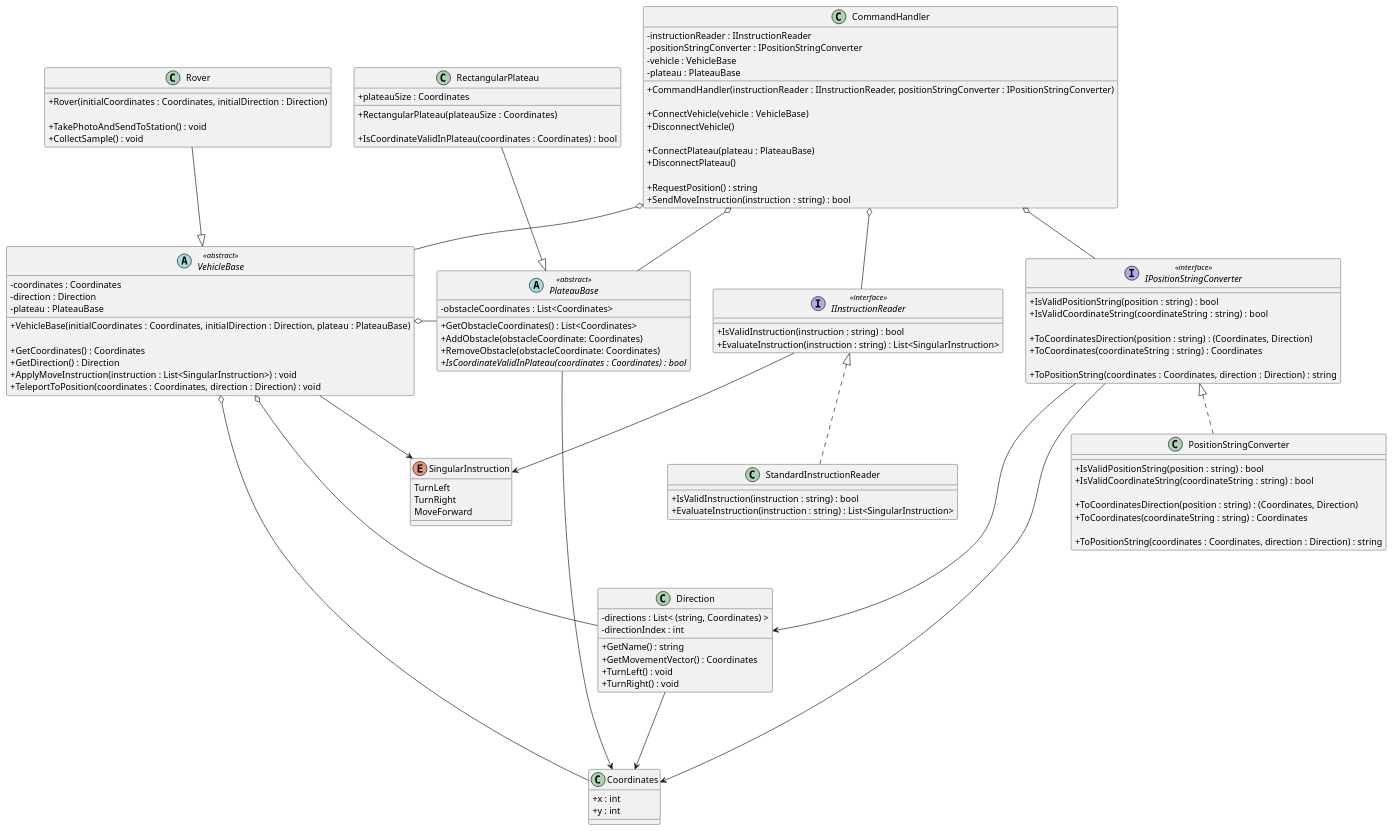
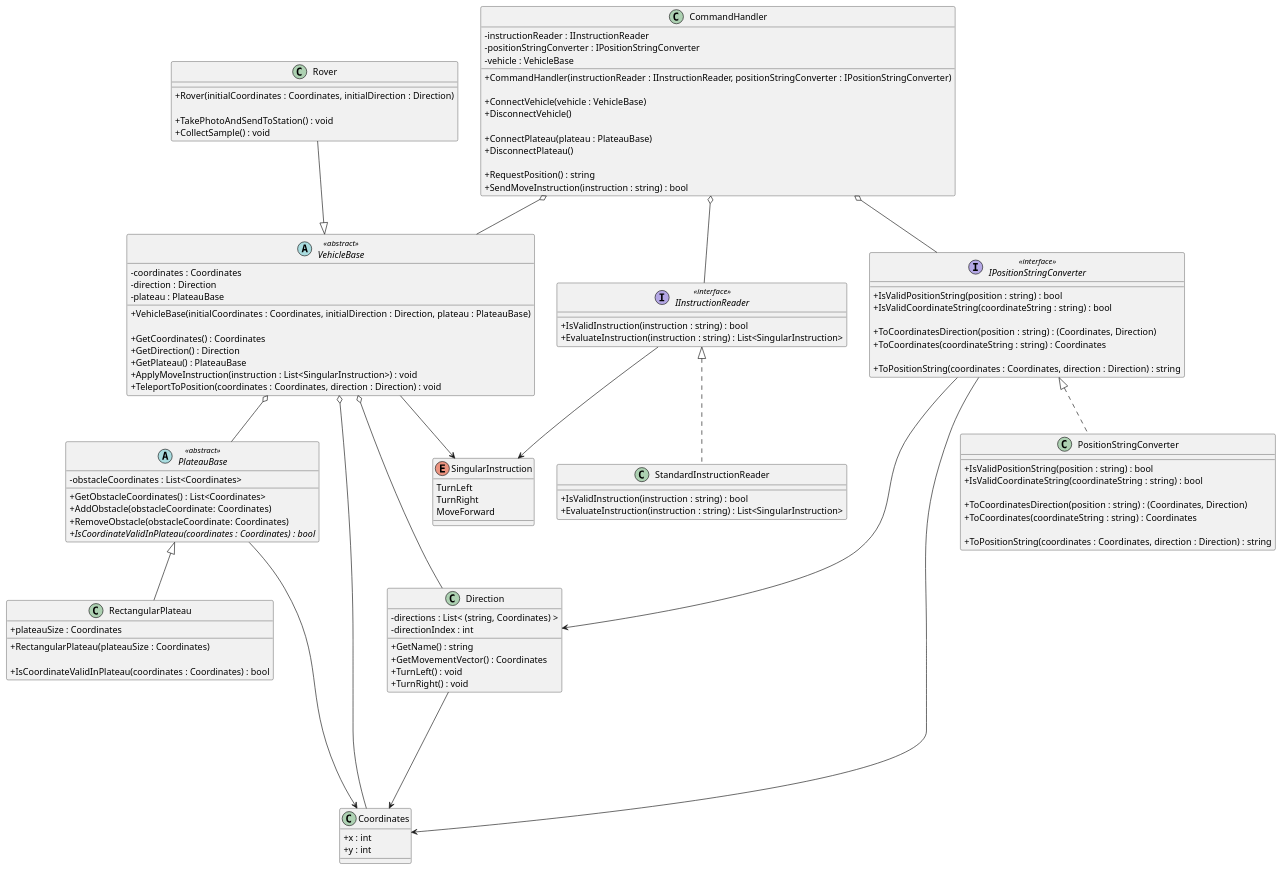
One commit to iamfranco/MarsRoverChallenge changed the diagram in puml/MarsRoverChallenge.puml. Above: the diagram before and after it, drawn with PlantUML. The commit also changed 1 other file, not shown here.

Commit message:
UML: add getter for plateau in VehicleBase and remove plateau aggregation in CommandHandler

```diff
--- a/puml/MarsRoverChallenge.puml
+++ b/puml/MarsRoverChallenge.puml
@@ -1,145 +1,144 @@
 @startuml "Mars Rover Challenge"
 skinparam classAttributeIconSize 0
 
 interface IInstructionReader <<interface>>
 {
   + IsValidInstruction(instruction : string) : bool
   + EvaluateInstruction(instruction : string) : List<SingularInstruction>
 }
 
 enum SingularInstruction
 {
   TurnLeft
   TurnRight
   MoveForward
 }
 
 class StandardInstructionReader
 {
   + IsValidInstruction(instruction : string) : bool
   + EvaluateInstruction(instruction : string) : List<SingularInstruction>
 }
 
 abstract PlateauBase <<abstract>>
 {
   - obstacleCoordinates : List<Coordinates>
 
   + GetObstacleCoordinates() : List<Coordinates>
   + AddObstacle(obstacleCoordinate: Coordinates)
   + RemoveObstacle(obstacleCoordinate: Coordinates)
   {abstract} + IsCoordinateValidInPlateau(coordinates : Coordinates) : bool
 }
 
 class RectangularPlateau
 {
   + plateauSize : Coordinates
 
   + RectangularPlateau(plateauSize : Coordinates)
 
   + IsCoordinateValidInPlateau(coordinates : Coordinates) : bool
 }
 
 class Coordinates
 {
   + x : int
   + y : int
 }
 
 class Direction
 {
   - directions : List< &#40;string, Coordinates&#41; >
   - directionIndex : int
 
   + GetName() : string
   + GetMovementVector() : Coordinates
   + TurnLeft() : void
   + TurnRight() : void
 }
 
 interface IPositionStringConverter <<interface>>
 {
   + IsValidPositionString(position : string) : bool
   + IsValidCoordinateString(coordinateString : string) : bool
 
   + ToCoordinatesDirection(position : string) : (Coordinates, Direction)
   + ToCoordinates(coordinateString : string) : Coordinates
 
   + ToPositionString(coordinates : Coordinates, direction : Direction) : string
 }
 
 class PositionStringConverter
 {
   + IsValidPositionString(position : string) : bool
   + IsValidCoordinateString(coordinateString : string) : bool
 
   + ToCoordinatesDirection(position : string) : (Coordinates, Direction)
   + ToCoordinates(coordinateString : string) : Coordinates
 
   + ToPositionString(coordinates : Coordinates, direction : Direction) : string
 }
 
 abstract VehicleBase <<abstract>>
 {
   - coordinates : Coordinates
   - direction : Direction
   - plateau : PlateauBase
 
   + VehicleBase(initialCoordinates : Coordinates, initialDirection : Direction, plateau : PlateauBase)
 
   + GetCoordinates() : Coordinates
   + GetDirection() : Direction
+  + GetPlateau() : PlateauBase
   + ApplyMoveInstruction(instruction : List<SingularInstruction>) : void
   + TeleportToPosition(coordinates : Coordinates, direction : Direction) : void
 }
 
 class Rover
 {
   + Rover(initialCoordinates : Coordinates, initialDirection : Direction)
 
   + TakePhotoAndSendToStation() : void
   + CollectSample() : void
 }
 
 class CommandHandler
 {
   - instructionReader : IInstructionReader
   - positionStringConverter : IPositionStringConverter
   - vehicle : VehicleBase
-  - plateau : PlateauBase
 
   + CommandHandler(instructionReader : IInstructionReader, positionStringConverter : IPositionStringConverter)
   
   + ConnectVehicle(vehicle : VehicleBase)
   + DisconnectVehicle()
 
   + ConnectPlateau(plateau : PlateauBase)
   + DisconnectPlateau()
 
   + RequestPosition() : string
   + SendMoveInstruction(instruction : string) : bool
 }
 
 CommandHandler o-- IInstructionReader
 CommandHandler o-- IPositionStringConverter
 CommandHandler o-- VehicleBase
-CommandHandler o-- PlateauBase
 
 IInstructionReader --> SingularInstruction
 IInstructionReader <|.. StandardInstructionReader 
 
 VehicleBase <|-u- Rover
 VehicleBase --> SingularInstruction
 VehicleBase o--- Direction
 VehicleBase o---- Coordinates
-VehicleBase o- PlateauBase
+VehicleBase o-- PlateauBase
 
 IPositionStringConverter <|.. PositionStringConverter
 IPositionStringConverter ---> Direction
-IPositionStringConverter ----> Coordinates
+IPositionStringConverter ---> Coordinates
 
-PlateauBase <|-u- RectangularPlateau
+PlateauBase <|-- RectangularPlateau
 PlateauBase -----> Coordinates
 
 Direction --> Coordinates 
 
 @enduml
```
